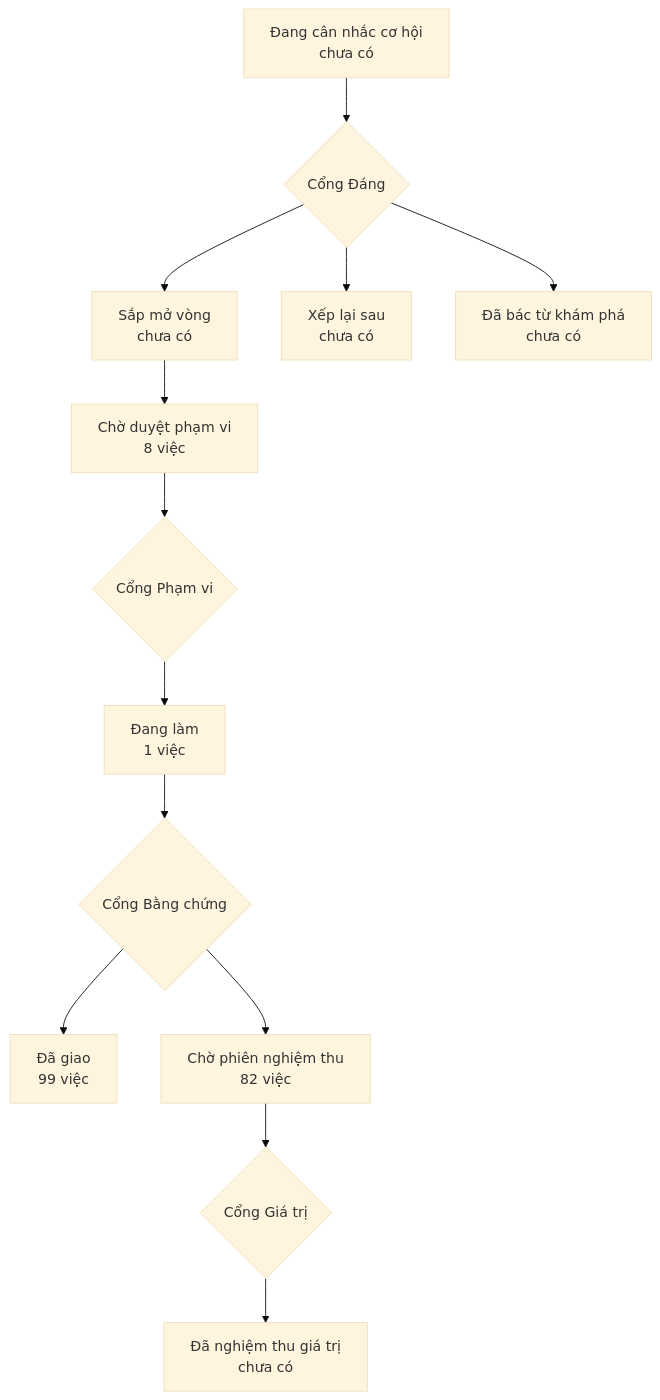
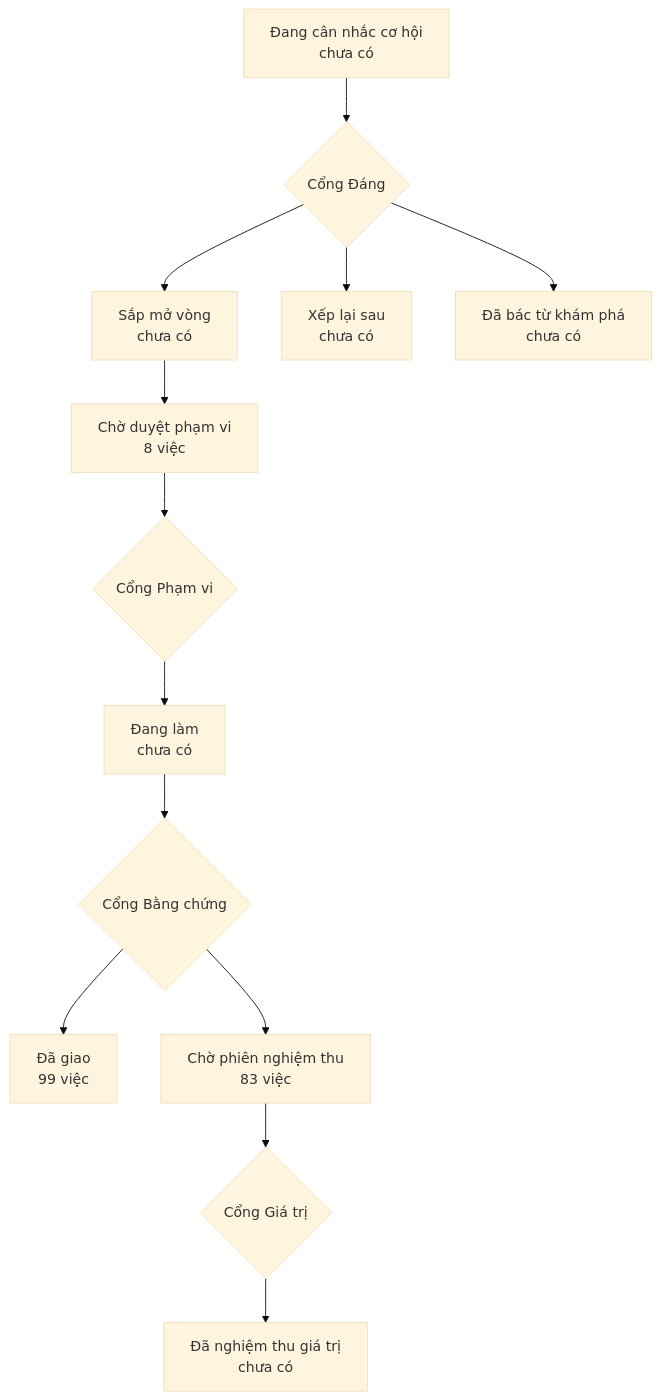
The diagram in PRODUCT-MAP.md (phanlemanh/onehub-invest), drawn with Mermaid (base theme) before and after one commit. The commit also changed other lines of this file and 4 other files, not shown here.

````diff
--- a/PRODUCT-MAP.md
+++ b/PRODUCT-MAP.md
@@ -7,12 +7,12 @@
 ```mermaid
 flowchart TD
   A["Đang cân nhắc cơ hội<br/>chưa có"] --> GD{"Cổng Đáng"}
   GD --> B["Sắp mở vòng<br/>chưa có"]
   GD --> XL["Xếp lại sau<br/>chưa có"]
   GD --> DB["Đã bác từ khám phá<br/>chưa có"]
   B --> CD["Chờ duyệt phạm vi<br/>8 việc"] --> GP{"Cổng Phạm vi"}
-  GP --> DL["Đang làm<br/>1 việc"] --> GB{"Cổng Bằng chứng"}
+  GP --> DL["Đang làm<br/>chưa có"] --> GB{"Cổng Bằng chứng"}
   GB --> DG["Đã giao<br/>99 việc"]
-  GB --> CN["Chờ phiên nghiệm thu<br/>82 việc"] --> GG{"Cổng Giá trị"}
+  GB --> CN["Chờ phiên nghiệm thu<br/>83 việc"] --> GG{"Cổng Giá trị"}
   GG --> NT["Đã nghiệm thu giá trị<br/>chưa có"]
 ```
````
